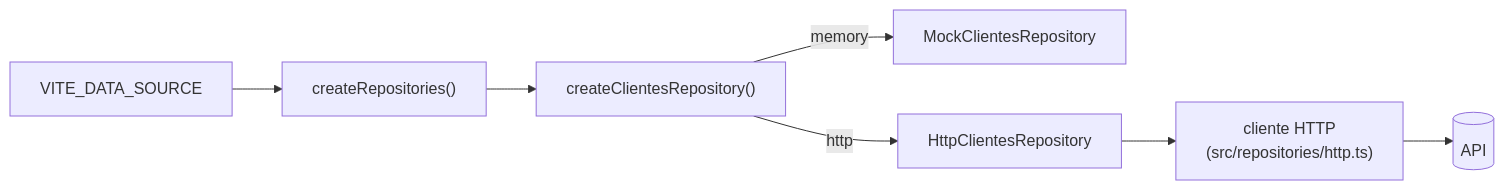
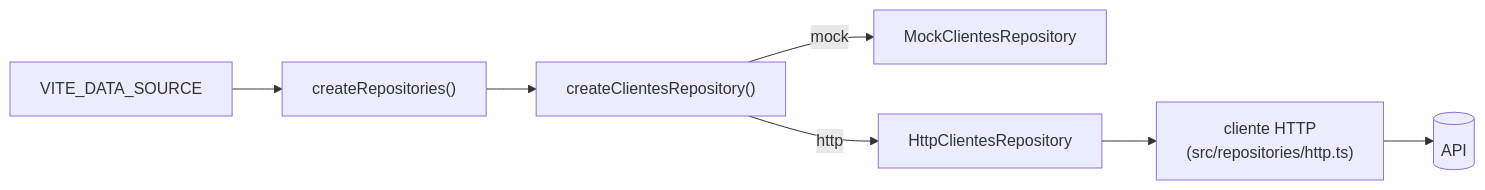
Before and after one commit to matizze/prumo: the diagram in docs/guides/real-api.md, drawn with Mermaid. The commit also changed other lines of this file and 59 other files, not shown here.

````diff
--- a/docs/guides/real-api.md
+++ b/docs/guides/real-api.md
@@ -9,9 +9,9 @@
 ```mermaid
 flowchart LR
   env["VITE_DATA_SOURCE"] --> create["createRepositories()"]
   create --> factory["createClientesRepository()"]
-  factory -- memory --> mock["MockClientesRepository"]
+  factory -- mock --> mock["MockClientesRepository"]
   factory -- http --> http["HttpClientesRepository"]
   http --> client["cliente HTTP<br/>(src/repositories/http.ts)"]
   client --> api[("API")]
 ```
````
